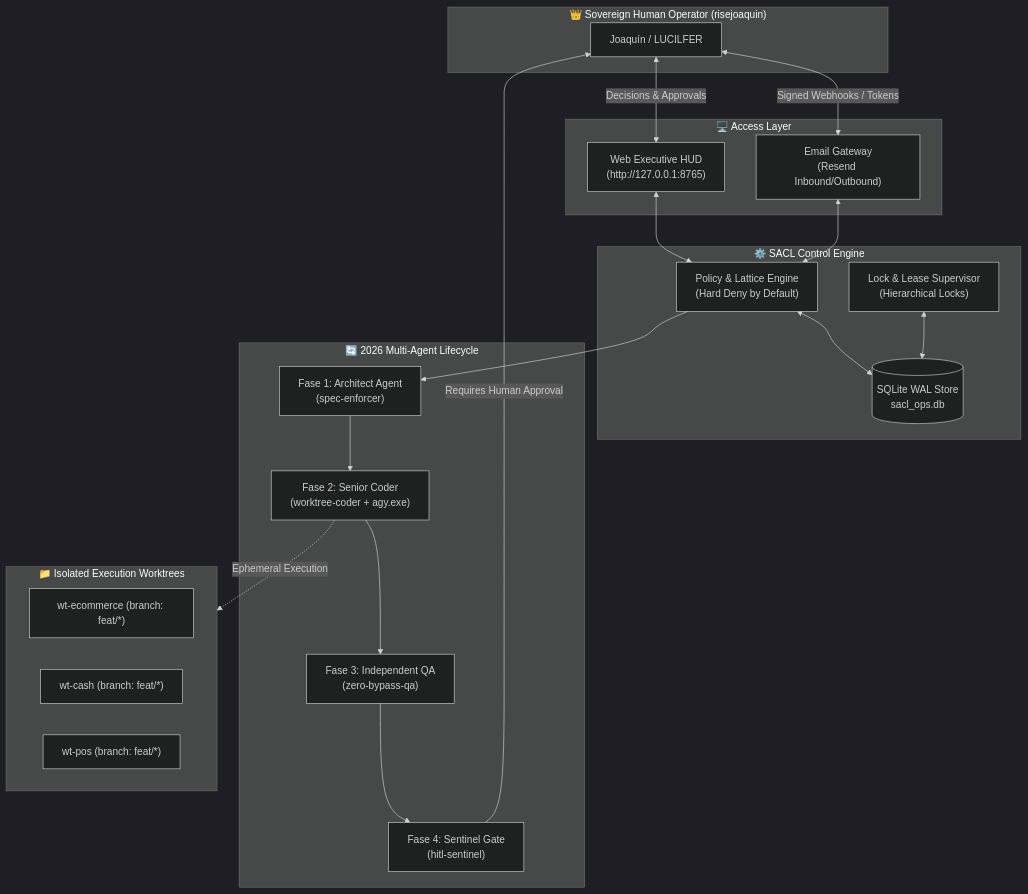
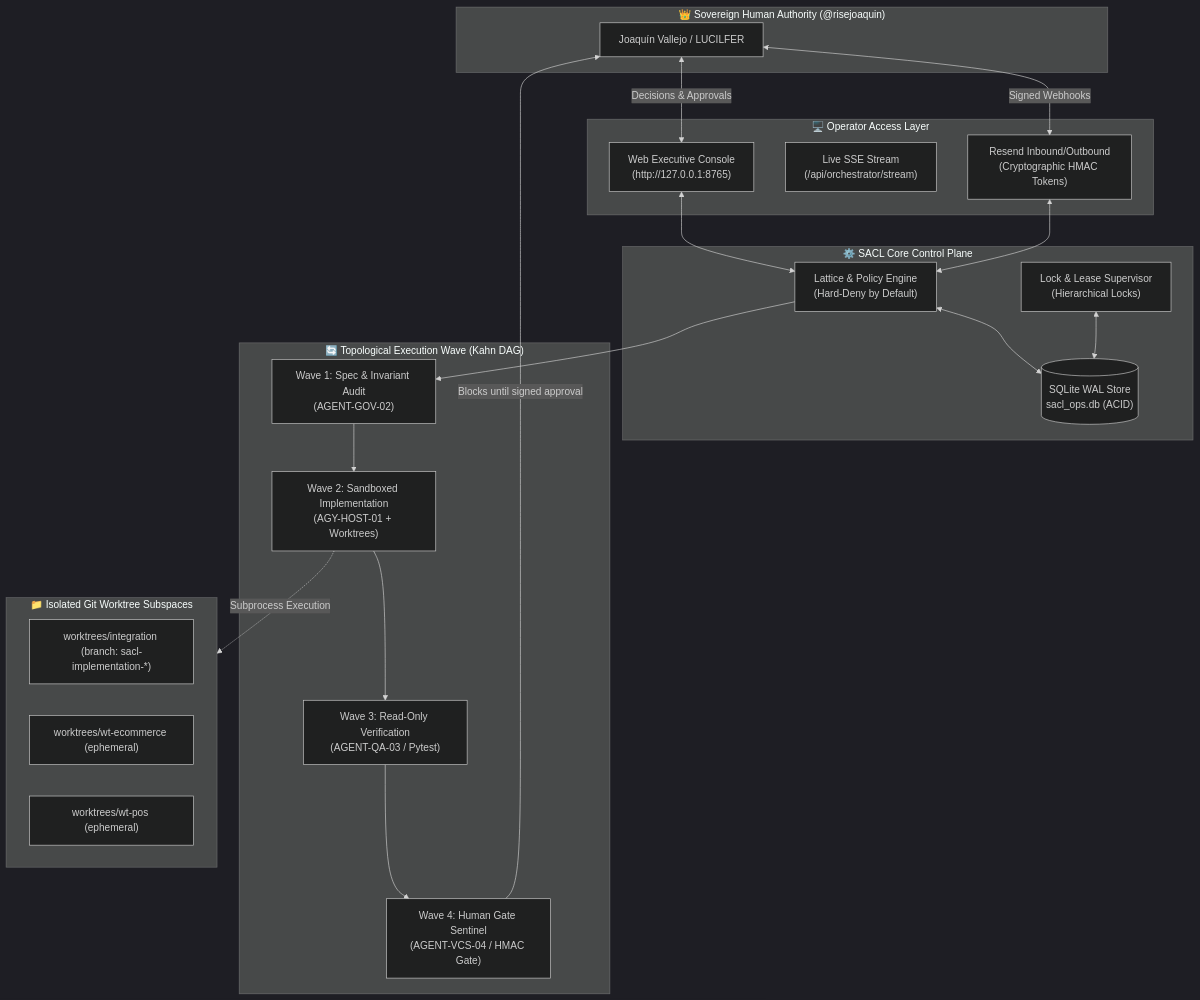
Before and after one commit to risejoaquin/solidbit-agent-execution-control-loop: the diagram in README.md, drawn with Mermaid (dark theme). The commit also changed other lines of this file and 14 other files, not shown here.

````diff
--- a/README.md
+++ b/README.md
@@ -84,45 +58,46 @@
 ```mermaid
 flowchart TD
-    subgraph Human ["👑 Sovereign Human Operator (risejoaquin)"]
-        Operator["Joaquín / LUCILFER"]
+    subgraph Human ["👑 Sovereign Human Authority (@risejoaquin)"]
+        Operator["Joaquín Vallejo / LUCILFER"]
     end
 
-    subgraph Interface ["🖥️ Access Layer"]
-        HUD["Web Executive HUD<br/>(http://127.0.0.1:8765)"]
-        Mail["Email Gateway<br/>(Resend Inbound/Outbound)"]
+    subgraph Interface ["🖥️ Operator Access Layer"]
+        Console["Web Executive Console<br/>(http://127.0.0.1:8765)"]
+        SSE["Live SSE Stream<br/>(/api/orchestrator/stream)"]
+        EmailGateway["Resend Inbound/Outbound<br/>(Cryptographic HMAC Tokens)"]
     end
 
-    subgraph Core ["⚙️ SACL Control Engine"]
-        PolicyEngine["Policy & Lattice Engine<br/>(Hard Deny by Default)"]
+    subgraph Engine ["⚙️ SACL Core Control Plane"]
+        Lattice["Lattice & Policy Engine<br/>(Hard-Deny by Default)"]
         LockSupervisor["Lock & Lease Supervisor<br/>(Hierarchical Locks)"]
-        StateStore[("SQLite WAL Store<br/>sacl_ops.db")]
+        StateStore[("SQLite WAL Store<br/>sacl_ops.db (ACID)")]
     end
 
-    subgraph DAG ["🔄 2026 Multi-Agent Lifecycle"]
-        Fase1["Fase 1: Architect Agent<br/>(spec-enforcer)"]
-        Fase2["Fase 2: Senior Coder<br/>(worktree-coder + agy.exe)"]
-        Fase3["Fase 3: Independent QA<br/>(zero-bypass-qa)"]
-        Fase4["Fase 4: Sentinel Gate<br/>(hitl-sentinel)"]
+    subgraph DAG ["🔄 Topological Execution Wave (Kahn DAG)"]
+        W1["Wave 1: Spec & Invariant Audit<br/>(AGENT-GOV-02)"]
+        W2["Wave 2: Sandboxed Implementation<br/>(AGY-HOST-01 + Worktrees)"]
+        W3["Wave 3: Read-Only Verification<br/>(AGENT-QA-03 / Pytest)"]
+        W4["Wave 4: Human Gate Sentinel<br/>(AGENT-VCS-04 / HMAC Gate)"]
     end
 
-    subgraph Targets ["📁 Isolated Execution Worktrees"]
-        WT1["wt-ecommerce (branch: feat/*)"]
-        WT2["wt-cash (branch: feat/*)"]
-        WT3["wt-pos (branch: feat/*)"]
+    subgraph Worktrees ["📁 Isolated Git Worktree Subspaces"]
+        WT1["worktrees/integration (branch: sacl-implementation-*)"]
+        WT2["worktrees/wt-ecommerce (ephemeral)"]
+        WT3["worktrees/wt-pos (ephemeral)"]
     end
 
-    Operator <-->|Decisions & Approvals| HUD
-    Operator <-->|Signed Webhooks / Tokens| Mail
-    HUD <--> PolicyEngine
-    Mail <--> PolicyEngine
-    PolicyEngine <--> StateStore
+    Operator <-->|Decisions & Approvals| Console
+    Operator <-->|Signed Webhooks| EmailGateway
+    Console <--> Lattice
+    EmailGateway <--> Lattice
+    Lattice <--> StateStore
     LockSupervisor <--> StateStore
 
-    PolicyEngine --> Fase1
-    Fase1 --> Fase2
-    Fase2 --> Fase3
-    Fase3 --> Fase4
+    Lattice --> W1
+    W1 --> W2
+    W2 --> W3
+    W3 --> W4
 
-    Fase2 -.->|Ephemeral Execution| Targets
-    Fase4 -->|Requires Human Approval| Operator
+    W2 -.->|Subprocess Execution| Worktrees
+    W4 -->|Blocks until signed approval| Operator
 ```
````
